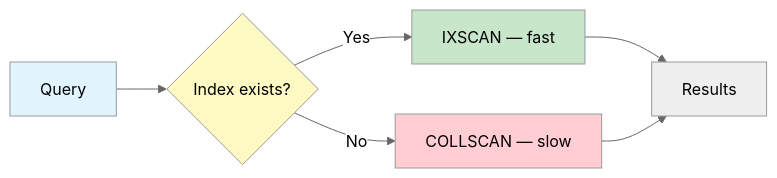
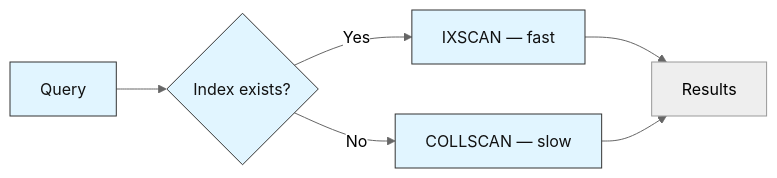
The first of 4 diagrams in MongoDB-Labs/Lab 3 - Sales Analytics Pipeline/lab-3-sales-analytics-pipeline.md (CogKnowEdge-Solutions/Context-Memory-Layer), drawn with Mermaid (neutral theme) before and after one commit. The commit also changed other lines of this file and 6 other files, not shown here.

````diff
--- a/MongoDB-Labs/Lab 3 - Sales Analytics Pipeline/lab-3-sales-analytics-pipeline.md
+++ b/MongoDB-Labs/Lab 3 - Sales Analytics Pipeline/lab-3-sales-analytics-pipeline.md
@@ -31,13 +31,13 @@
 ```mermaid
 graph LR
     Q["Query"] --> IDX{"Index exists?"}
     IDX -->|Yes| IX["IXSCAN — fast"]
     IDX -->|No| CS["COLLSCAN — slow"]
     IX --> R["Results"]
     CS --> R
 
-    style Q fill:#e1f5ff
-    style IDX fill:#fff9c4
-    style IX fill:#c8e6c9
-    style CS fill:#ffcdd2
+    style Q fill:#e1f5ff,stroke:#333333,stroke-width:1px,color:#111111
+    style IDX fill:#e1f5ff,stroke:#333333,stroke-width:1px,color:#111111
+    style IX fill:#e1f5ff,stroke:#333333,stroke-width:1px,color:#111111
+    style CS fill:#e1f5ff,stroke:#333333,stroke-width:1px,color:#111111
 ```
````
